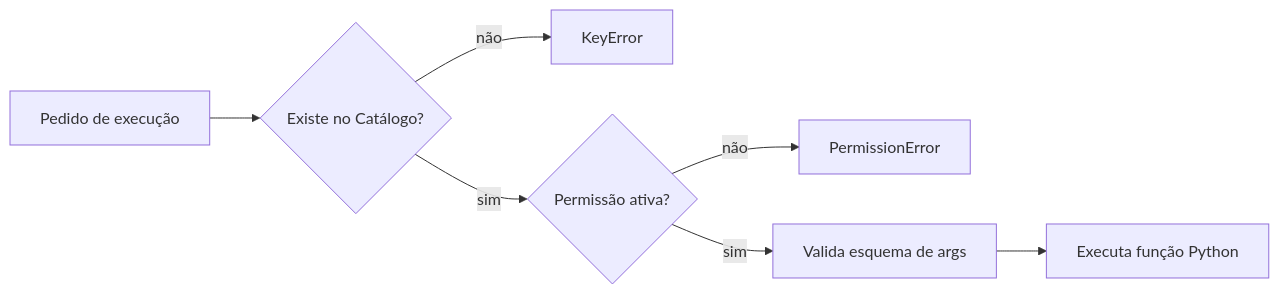
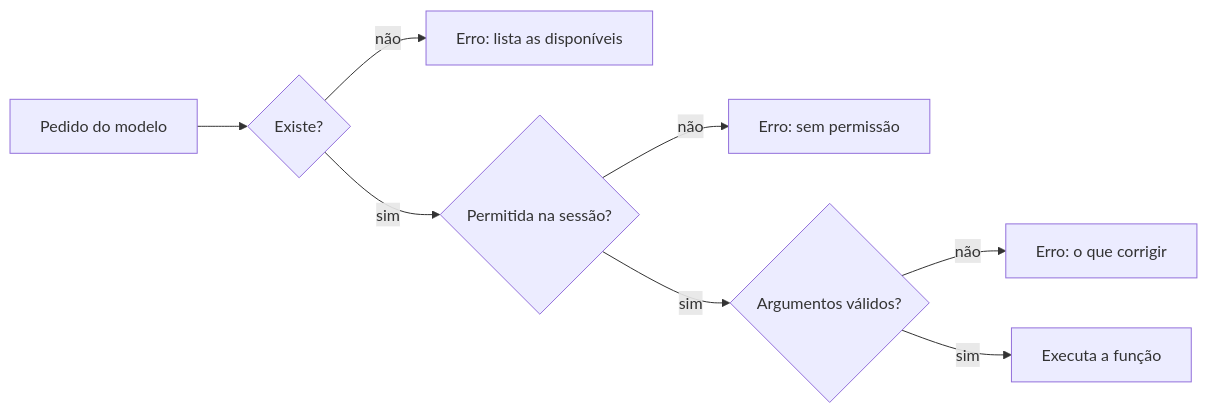
The diagram in content/cursos/n7-engenharia-de-ia/05-agentes-e-ferramentas/02-ferramentas-e-roteamento.lvl.md (Lip3Bazinga/v0-level-usp-project), drawn with Mermaid before and after one commit. The commit also changed other lines of this file and 3 other files, not shown here.

````diff
--- a/content/cursos/n7-engenharia-de-ia/05-agentes-e-ferramentas/02-ferramentas-e-roteamento.lvl.md
+++ b/content/cursos/n7-engenharia-de-ia/05-agentes-e-ferramentas/02-ferramentas-e-roteamento.lvl.md
@@ -24,9 +30,10 @@
 ```mermaid
 flowchart LR
-    P["Pedido de execução"] --> E{"Existe no Catálogo?"}
-    E -- "não" --> K["KeyError"]
-    E -- "sim" --> PM{"Permissão ativa?"}
-    PM -- "não" --> PE["PermissionError"]
-    PM -- "sim" --> V["Valida esquema de args"]
-    V --> FN["Executa função Python"]
+    P["Pedido do modelo"] --> E{"Existe?"}
+    E -- "não" --> X["Erro: lista as disponíveis"]
+    E -- "sim" --> PM{"Permitida na sessão?"}
+    PM -- "não" --> NP["Erro: sem permissão"]
+    PM -- "sim" --> V{"Argumentos válidos?"}
+    V -- "não" --> EV["Erro: o que corrigir"]
+    V -- "sim" --> FN["Executa a função"]
 ```
````
